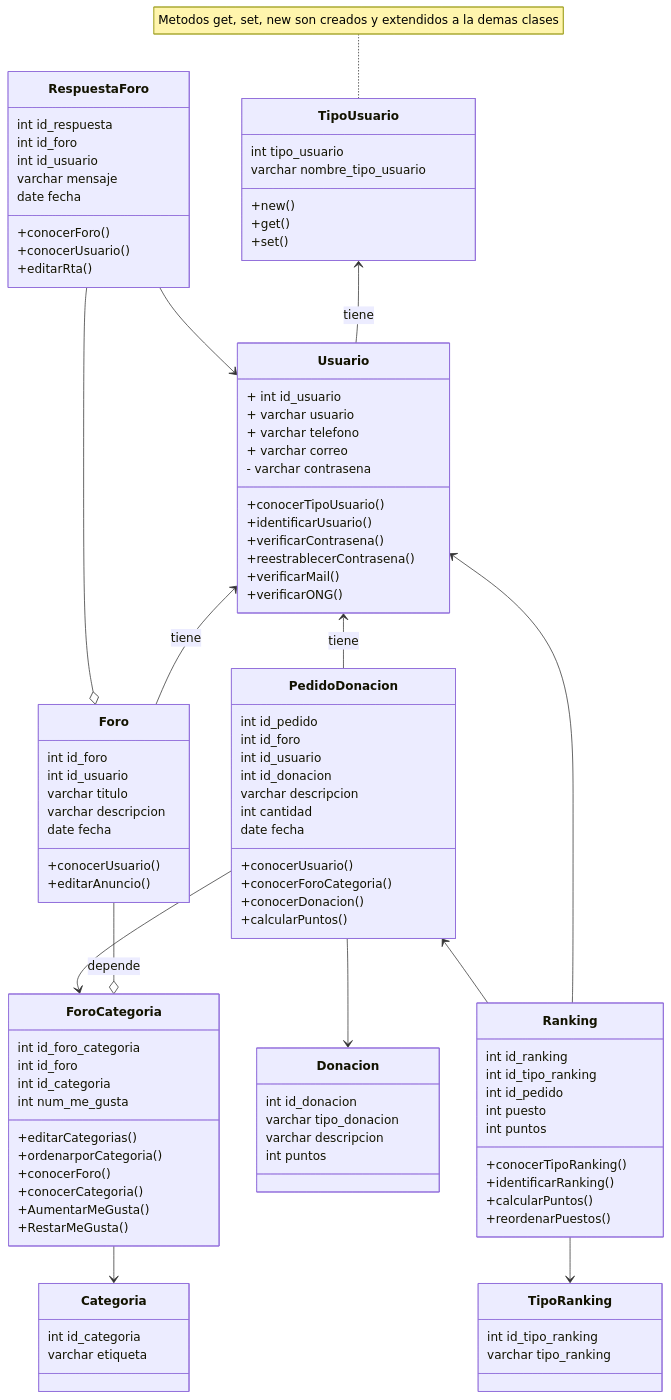
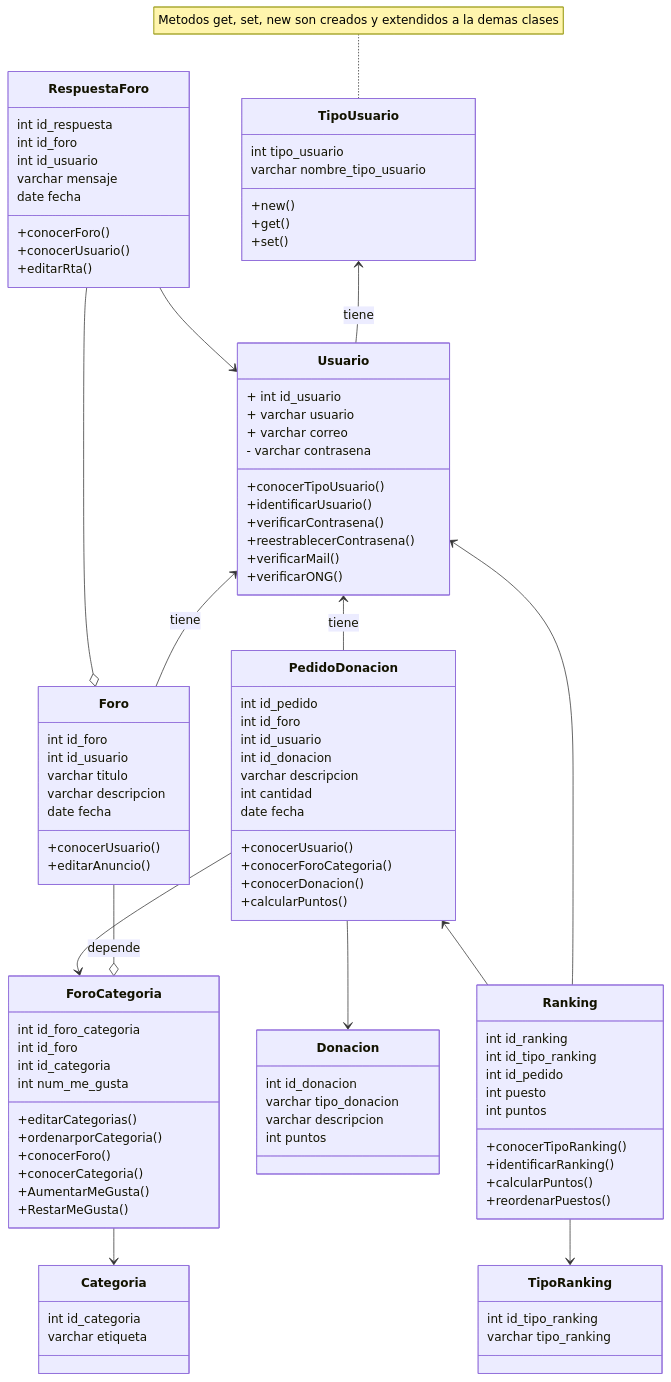
Before and after one commit to SantiagoSalvay/ProyectoFinalFAT: the diagram in diagramas/UMLdiagram.mmd, drawn with Mermaid. The commit also changed 6 other files, not shown here.

```diff
--- a/diagramas/UMLdiagram.mmd
+++ b/diagramas/UMLdiagram.mmd
@@ -1,113 +1,112 @@
 classDiagram
     TipoUsuario <-- Usuario: tiene
     Usuario <-- PedidoDonacion : tiene
     Usuario <-- Foro: tiene
     Foro --o ForoCategoria: depende
     ForoCategoria --> Categoria
     PedidoDonacion --> ForoCategoria
     PedidoDonacion --> Donacion
     RespuestaForo --> Usuario
     RespuestaForo --o Foro
     Usuario <-- Ranking
     PedidoDonacion <-- Ranking
     Ranking --> TipoRanking
 
     class TipoUsuario{
         int tipo_usuario
         varchar nombre_tipo_usuario
 
         +new()
         +get()
         +set()
     }
     note for TipoUsuario "Metodos get, set, new son creados y extendidos a la demas clases"
     class Usuario {
         + int id_usuario
         + varchar usuario
-        + varchar telefono
         + varchar correo
         - varchar contrasena
 
         +conocerTipoUsuario()
         +identificarUsuario()
         +verificarContrasena()
         +reestrablecerContrasena()
         +verificarMail()
         +verificarONG()
         
     }
     class Ranking{
         int id_ranking
         int id_tipo_ranking
         int id_pedido 
         int puesto
         int puntos
 
         +conocerTipoRanking()
         +identificarRanking()
         +calcularPuntos()
         +reordenarPuestos()
     }
     class TipoRanking{
         int id_tipo_ranking
         varchar tipo_ranking
     }
     class Donacion {
         int id_donacion 
         varchar tipo_donacion
         varchar descripcion
         int puntos
     }
     class Foro {
         int id_foro 
         int id_usuario 
         varchar titulo
         varchar descripcion
         date fecha
 
         +conocerUsuario()
         +editarAnuncio()
 
     }
     class Categoria {
         int id_categoria 
         varchar etiqueta
     }
     class ForoCategoria {
         int id_foro_categoria 
         int id_foro 
         int id_categoria
         int num_me_gusta 
 
         +editarCategorias()
         +ordenarporCategoria()
         +conocerForo()
         +conocerCategoria()
         +AumentarMeGusta()
         +RestarMeGusta()
     }
     class RespuestaForo {
         int id_respuesta 
         int id_foro 
         int id_usuario 
         varchar mensaje
         date fecha
 
         +conocerForo()
         +conocerUsuario()
         +editarRta()
     }
     class PedidoDonacion {
         int id_pedido 
         int id_foro 
         int id_usuario 
         int id_donacion 
         varchar descripcion
         int cantidad
         date fecha
 
         +conocerUsuario()
         +conocerForoCategoria()
         +conocerDonacion()
         +calcularPuntos()
     }
```
